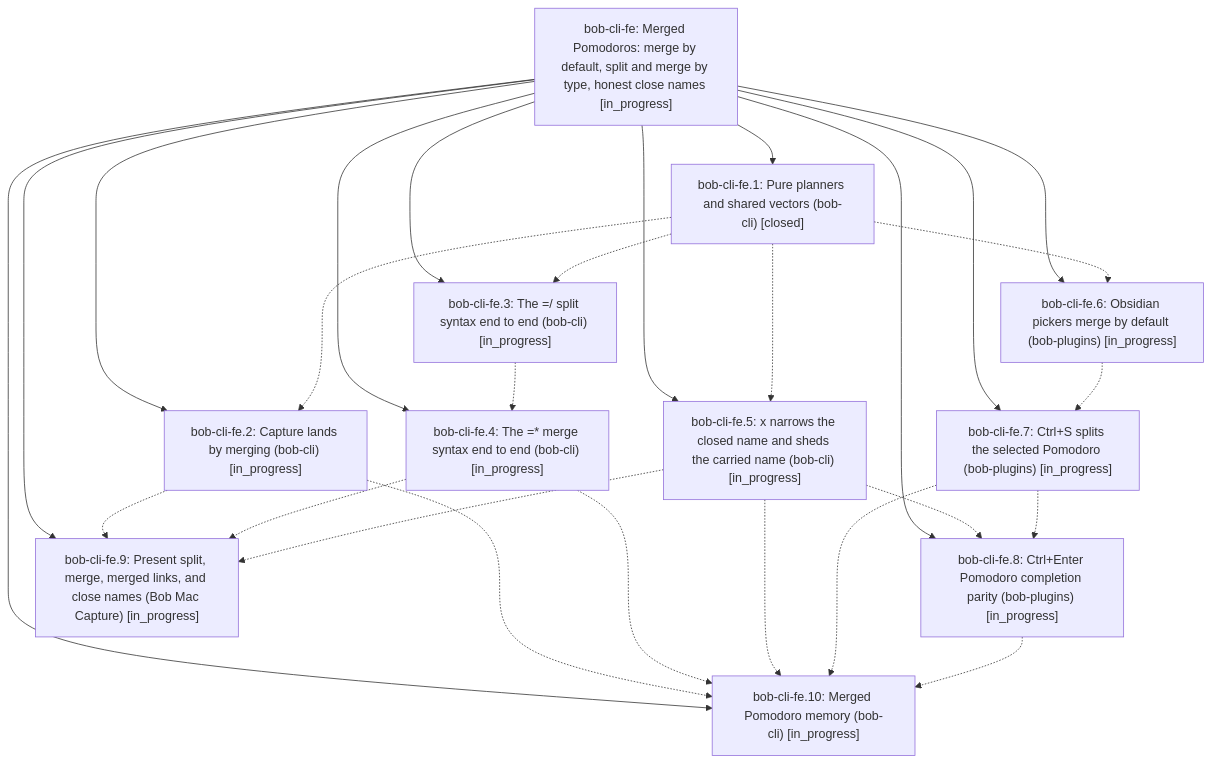
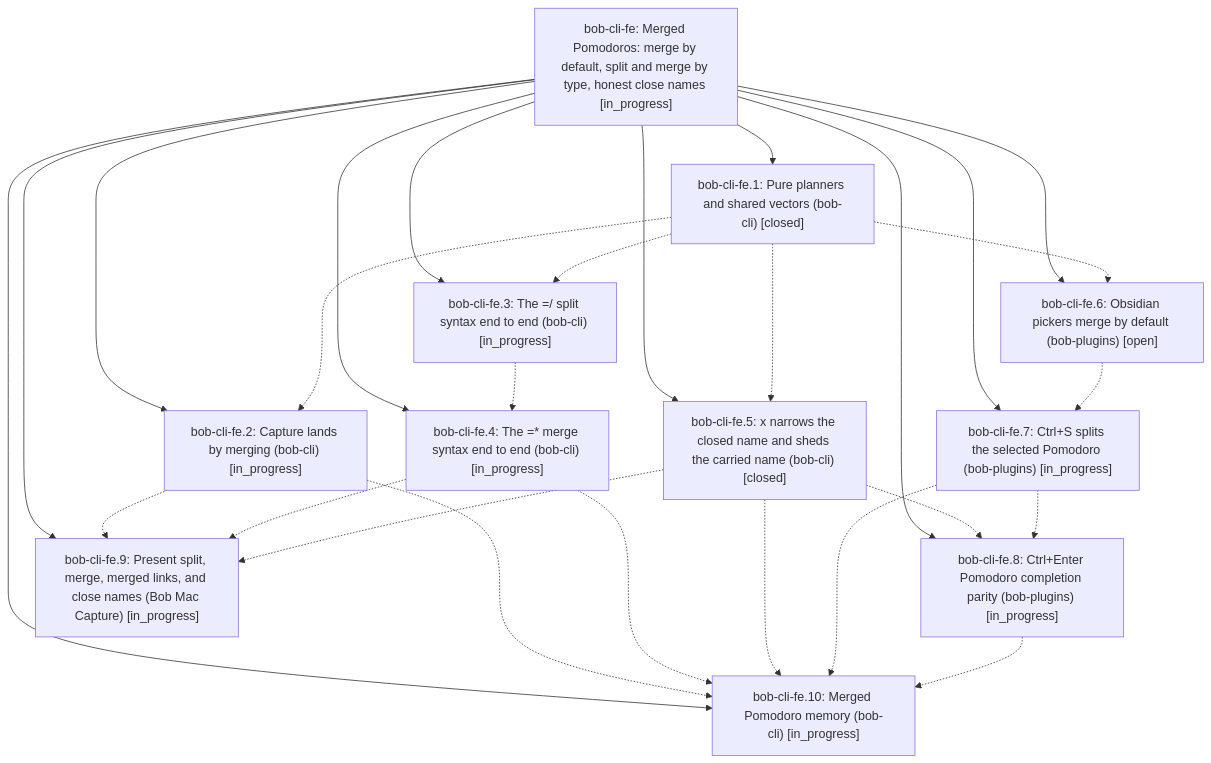
One commit to bobs-org/bob-cli--beads changed the diagram in pages/bob-cli-fe/README.md. Above: the diagram before and after it, drawn with Mermaid. The commit also changed other lines of this file and 9 other files, not shown here.

First line of the commit message:
chore(beads): sync bead state and pages for bob-cli-fe

````diff
--- a/pages/bob-cli-fe/README.md
+++ b/pages/bob-cli-fe/README.md
@@ -43,40 +49,40 @@
 ```mermaid
 flowchart TD
     n0["bob-cli-fe: Merged Pomodoros: merge by default, split and merge by type, honest close names [in_progress]"]
     n1["bob-cli-fe.1: Pure planners and shared vectors (bob-cli) [closed]"]
     n2["bob-cli-fe.10: Merged Pomodoro memory (bob-cli) [in_progress]"]
     n3["bob-cli-fe.2: Capture lands by merging (bob-cli) [in_progress]"]
     n4["bob-cli-fe.3: The =/ split syntax end to end (bob-cli) [in_progress]"]
     n5["bob-cli-fe.4: The =* merge syntax end to end (bob-cli) [in_progress]"]
-    n6["bob-cli-fe.5: x narrows the closed name and sheds the carried name (bob-cli) [in_progress]"]
-    n7["bob-cli-fe.6: Obsidian pickers merge by default (bob-plugins) [in_progress]"]
+    n6["bob-cli-fe.5: x narrows the closed name and sheds the carried name (bob-cli) [closed]"]
+    n7["bob-cli-fe.6: Obsidian pickers merge by default (bob-plugins) [open]"]
     n8["bob-cli-fe.7: Ctrl+S splits the selected Pomodoro (bob-plugins) [in_progress]"]
     n9["bob-cli-fe.8: Ctrl+Enter Pomodoro completion parity (bob-plugins) [in_progress]"]
     n10["bob-cli-fe.9: Present split, merge, merged links, and close names (Bob Mac Capture) [in_progress]"]
     n0 --> n1
     n0 --> n2
     n0 --> n3
     n0 --> n4
     n0 --> n5
     n0 --> n6
     n0 --> n7
     n0 --> n8
     n0 --> n9
     n0 --> n10
     n1 -.-> n3
     n1 -.-> n4
     n1 -.-> n6
     n1 -.-> n7
     n3 -.-> n2
     n3 -.-> n10
     n4 -.-> n5
     n5 -.-> n2
     n5 -.-> n10
     n6 -.-> n2
     n6 -.-> n9
     n6 -.-> n10
     n7 -.-> n8
     n8 -.-> n2
     n8 -.-> n9
     n9 -.-> n2
 ```
````
